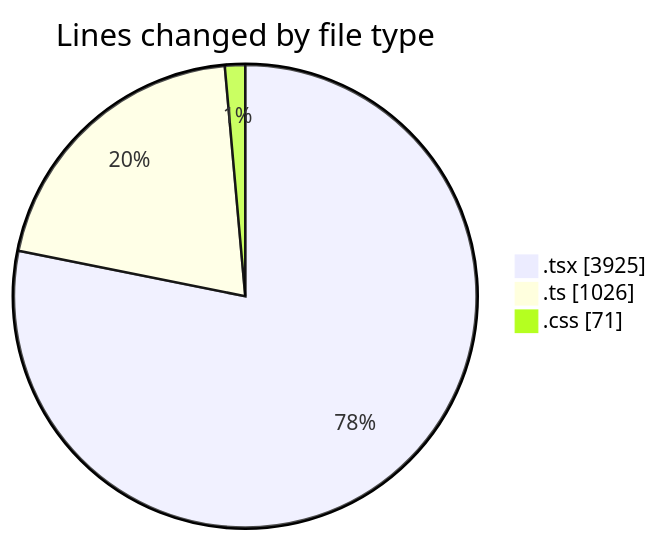
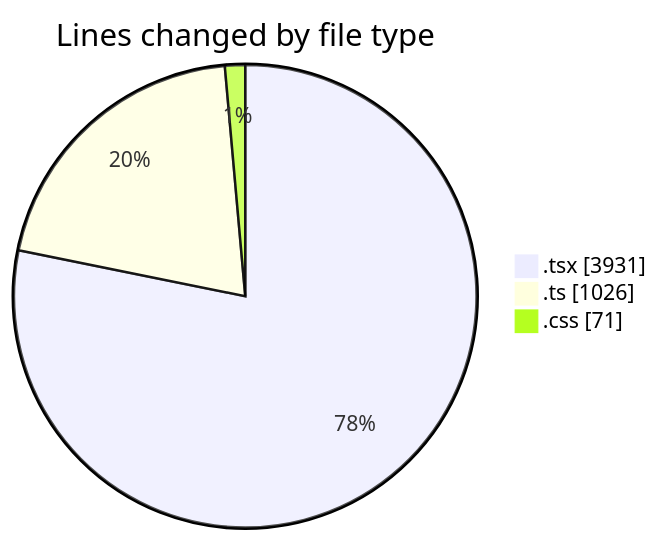
One commit to robertbonfada/code-tracking changed the first of 2 diagrams in 2025-01-27/mbc-web/README.md. Above: the diagram before and after it, drawn with Mermaid. The commit also changed other lines of this file and 1 other file, not shown here.

````diff
--- a/2025-01-27/mbc-web/README.md
+++ b/2025-01-27/mbc-web/README.md
@@ -35,7 +35,7 @@
 ```mermaid
 pie showData
 title Lines changed by file type
-".tsx" : 3925
+".tsx" : 3931
 ".ts" : 1026
 ".css" : 71
 ```
````
